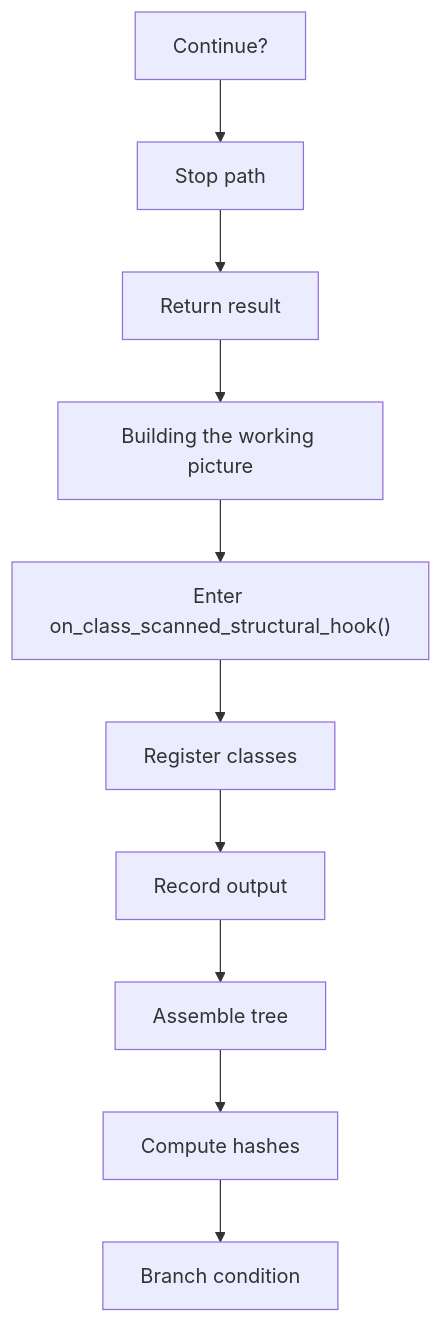
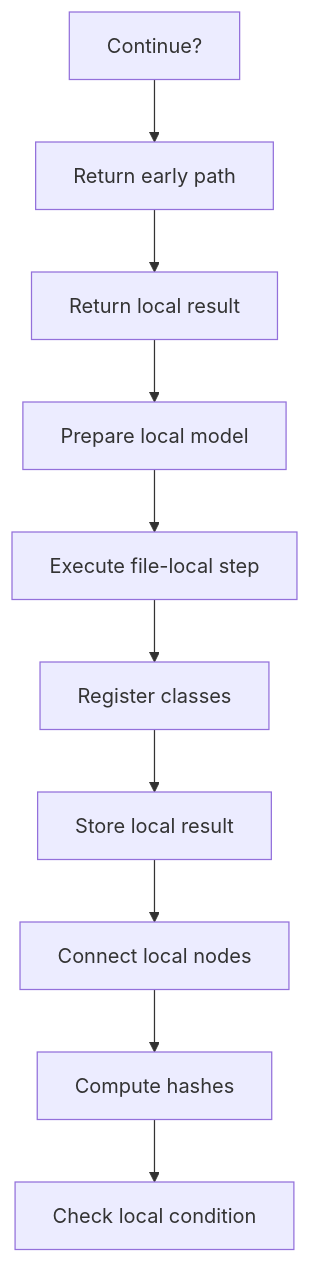
The fourth of 7 diagrams in docs/Codebase/Microservice/Modules/Source/Analysis/Lexical/StructuralHooks/Flow/lexical_structure_hooks_program_flow.cpp.md (JohnAndrewBalbarosa/NeoTerritory), drawn with Mermaid before and after one commit. The commit also changed other lines of this file and 925 other files, not shown here.

````diff
--- a/docs/Codebase/Microservice/Modules/Source/Analysis/Lexical/StructuralHooks/Flow/lexical_structure_hooks_program_flow.cpp.md
+++ b/docs/Codebase/Microservice/Modules/Source/Analysis/Lexical/StructuralHooks/Flow/lexical_structure_hooks_program_flow.cpp.md
@@ -93,22 +93,22 @@
 ```mermaid
 flowchart TD
     N0["Continue?"]
-    N1["Stop path"]
-    N2["Return result"]
-    N3["Building the working picture"]
-    N4["Enter on_class_scanned_structural_hook()"]
+    N1["Return early path"]
+    N2["Return local result"]
+    N3["Prepare local model"]
+    N4["Execute file-local step"]
     N5["Register classes"]
-    N6["Record output"]
-    N7["Assemble tree"]
+    N6["Store local result"]
+    N7["Connect local nodes"]
     N8["Compute hashes"]
-    N9["Branch condition"]
+    N9["Check local condition"]
     N0 --> N1
     N1 --> N2
     N2 --> N3
     N3 --> N4
     N4 --> N5
     N5 --> N6
     N6 --> N7
     N7 --> N8
     N8 --> N9
 ```
````
